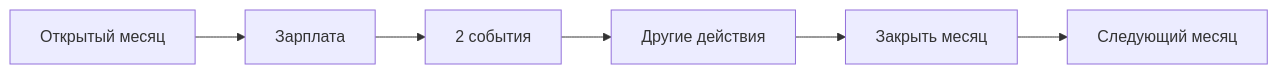
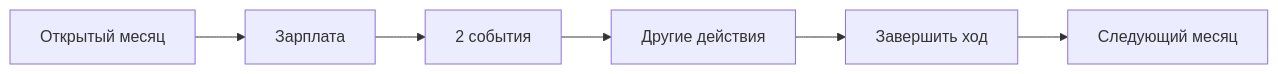
One commit to avyakunichkin-code/telegram-mini-app changed the diagram in docs/handbook/EVENTS.md. Above: the diagram before and after it, drawn with Mermaid. The commit also changed other lines of this file and 32 other files, not shown here.

First line of the commit message:
UI-тексты и гигиена: «Завершить ход» везде, обращение на «ты», без XP и мусора Vite

````diff
--- a/docs/handbook/EVENTS.md
+++ b/docs/handbook/EVENTS.md
@@ -39,8 +39,8 @@
 ```mermaid
 flowchart LR
   A[Открытый месяц] --> B[Зарплата]
   B --> C[2 события]
   C --> D[Другие действия]
-  D --> E[Закрыть месяц]
+  D --> E[Завершить ход]
   E --> F[Следующий месяц]
 ```
````
